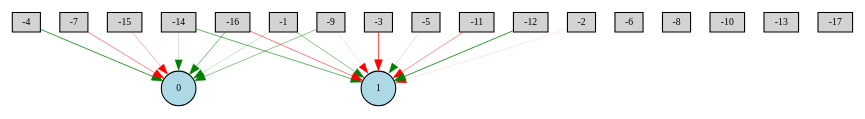
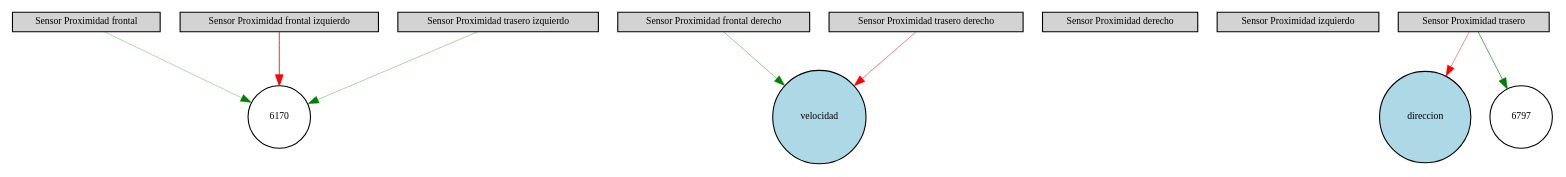
Before and after one commit to Dyend/NEAT-CAR-DRIVER: the diagram in Digraph.gv, drawn with Graphviz. The commit also changed 7 other files, not shown here.

```diff
--- a/Digraph.gv
+++ b/Digraph.gv
@@ -1,38 +1,22 @@
 digraph {
 	node [fontsize=9 height=0.2 shape=circle width=0.2]
-	-1 [fillcolor=lightgray shape=box style=filled]
-	-2 [fillcolor=lightgray shape=box style=filled]
-	-3 [fillcolor=lightgray shape=box style=filled]
-	-4 [fillcolor=lightgray shape=box style=filled]
-	-5 [fillcolor=lightgray shape=box style=filled]
-	-6 [fillcolor=lightgray shape=box style=filled]
-	-7 [fillcolor=lightgray shape=box style=filled]
-	-8 [fillcolor=lightgray shape=box style=filled]
-	-9 [fillcolor=lightgray shape=box style=filled]
-	-10 [fillcolor=lightgray shape=box style=filled]
-	-11 [fillcolor=lightgray shape=box style=filled]
-	-12 [fillcolor=lightgray shape=box style=filled]
-	-13 [fillcolor=lightgray shape=box style=filled]
-	-14 [fillcolor=lightgray shape=box style=filled]
-	-15 [fillcolor=lightgray shape=box style=filled]
-	-16 [fillcolor=lightgray shape=box style=filled]
-	-17 [fillcolor=lightgray shape=box style=filled]
-	0 [fillcolor=lightblue style=filled]
-	1 [fillcolor=lightblue style=filled]
-	-14 -> 1 [color=green penwidth=0.556064233805872 style=solid]
-	-14 -> 0 [color=green penwidth=0.17992055174806013 style=solid]
-	-2 -> 1 [color=red penwidth=0.1027287454869601 style=solid]
-	-11 -> 1 [color=red penwidth=0.3950928235141321 style=solid]
-	-15 -> 0 [color=red penwidth=0.290702457062224 style=solid]
-	-1 -> 0 [color=green penwidth=0.2004428964220501 style=solid]
-	-1 -> 1 [color=green penwidth=0.42754501049036087 style=solid]
-	-12 -> 1 [color=green penwidth=0.7613635860408186 style=solid]
-	-4 -> 0 [color=green penwidth=0.7427411958004527 style=solid]
-	-9 -> 1 [color=red penwidth=0.12313686635376149 style=solid]
-	-16 -> 0 [color=green penwidth=0.5112293780664746 style=solid]
-	-5 -> 1 [color=green penwidth=0.15488521708921882 style=solid]
-	-7 -> 0 [color=red penwidth=0.4504517483518199 style=solid]
-	-3 -> 1 [color=red penwidth=0.6599581490250988 style=solid]
-	-9 -> 0 [color=green penwidth=0.42414336519163853 style=solid]
-	-16 -> 1 [color=red penwidth=0.49235661335596603 style=solid]
+	"Sensor Proximidad frontal" [fillcolor=lightgray shape=box style=filled]
+	"Sensor Proximidad frontal derecho" [fillcolor=lightgray shape=box style=filled]
+	"Sensor Proximidad frontal izquierdo" [fillcolor=lightgray shape=box style=filled]
+	"Sensor Proximidad derecho" [fillcolor=lightgray shape=box style=filled]
+	"Sensor Proximidad izquierdo" [fillcolor=lightgray shape=box style=filled]
+	"Sensor Proximidad trasero" [fillcolor=lightgray shape=box style=filled]
+	"Sensor Proximidad trasero derecho" [fillcolor=lightgray shape=box style=filled]
+	"Sensor Proximidad trasero izquierdo" [fillcolor=lightgray shape=box style=filled]
+	direccion [fillcolor=lightblue style=filled]
+	velocidad [fillcolor=lightblue style=filled]
+	6170 [fillcolor=white style=filled]
+	6797 [fillcolor=white style=filled]
+	"Sensor Proximidad trasero derecho" -> velocidad [color=red penwidth=0.47526279196333887 style=solid]
+	"Sensor Proximidad frontal derecho" -> velocidad [color=green penwidth=0.37395074659877836 style=solid]
+	"Sensor Proximidad trasero izquierdo" -> 6170 [color=green penwidth=0.3071452103870458 style=solid]
+	"Sensor Proximidad frontal izquierdo" -> 6170 [color=red penwidth=0.784162203750166 style=solid]
+	"Sensor Proximidad trasero" -> direccion [color=red penwidth=0.4159117109786261 style=solid]
+	"Sensor Proximidad trasero" -> 6797 [color=green penwidth=0.6140179153542421 style=solid]
+	"Sensor Proximidad frontal" -> 6170 [color=green penwidth=0.28067399805995574 style=solid]
 }
```
